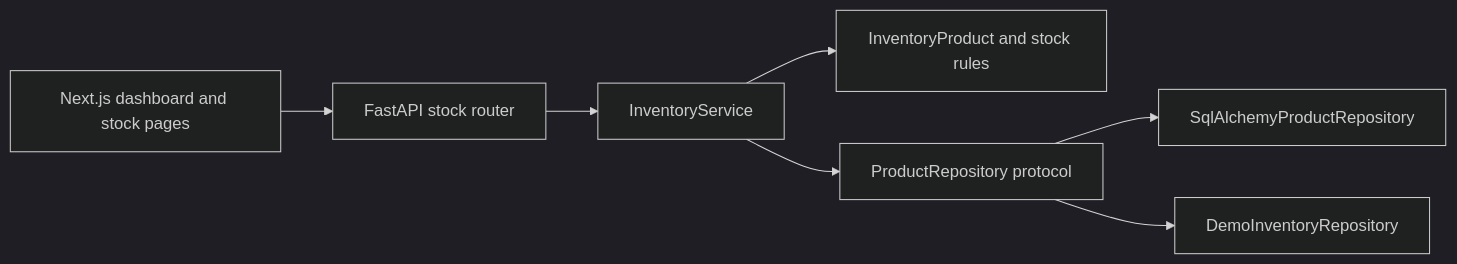
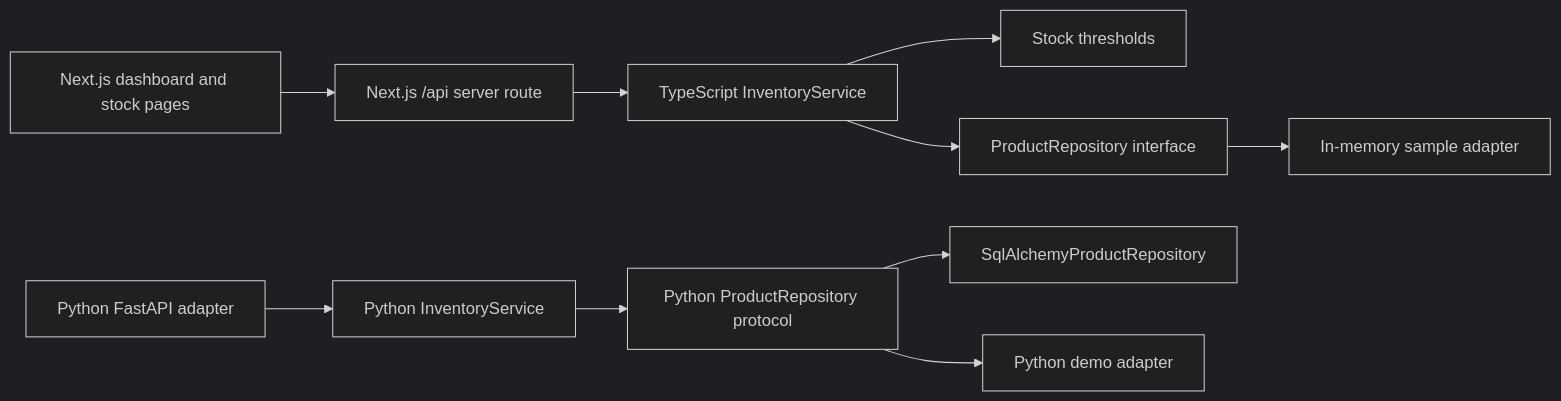
The diagram in docs/FranquiYA - Project Learning Guide.md (nachopalmeri/FranquiYA), drawn with Mermaid (dark theme) before and after one commit. The commit also changed other lines of this file and 5 other files, not shown here.

Commit message:
Serve demo API from the Vercel app

````diff
--- a/docs/FranquiYA - Project Learning Guide.md
+++ b/docs/FranquiYA - Project Learning Guide.md
@@ -24,9 +24,12 @@
 ```mermaid
 flowchart LR
-  UI[Next.js dashboard and stock pages] --> HTTP[FastAPI stock router]
-  HTTP --> APP[InventoryService]
-  APP --> DOMAIN[InventoryProduct and stock rules]
-  APP --> PORT[ProductRepository protocol]
-  PORT --> SQL[SqlAlchemyProductRepository]
-  PORT --> DEMO[DemoInventoryRepository]
+  UI[Next.js dashboard and stock pages] --> HTTP[Next.js /api server route]
+  HTTP --> APP[TypeScript InventoryService]
+  APP --> DOMAIN[Stock thresholds]
+  APP --> PORT[ProductRepository interface]
+  PORT --> DEMO[In-memory sample adapter]
+  LOCAL[Python FastAPI adapter] --> PYAPP[Python InventoryService]
+  PYAPP --> PYPORT[Python ProductRepository protocol]
+  PYPORT --> SQL[SqlAlchemyProductRepository]
+  PYPORT --> PYDEMO[Python demo adapter]
 ```
````
